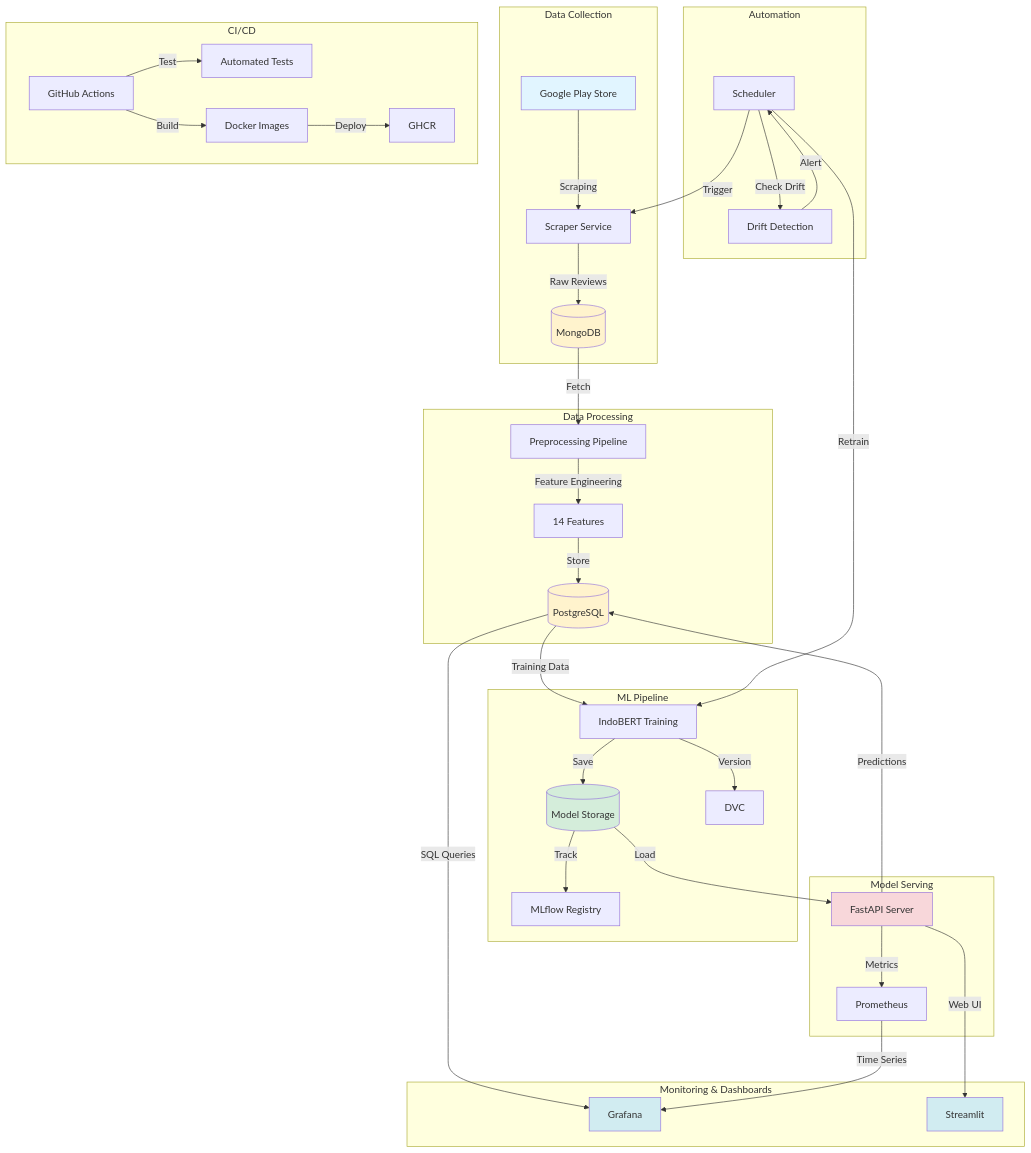
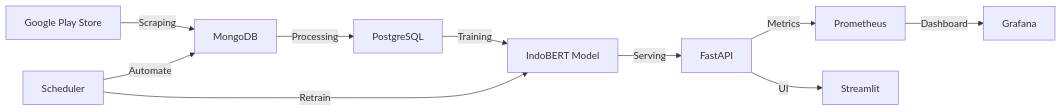
One commit to scorpianerc/MLOPS-PROJECT changed the first of 4 diagrams in README.md. Above: the diagram before and after it, drawn with Mermaid. The commit also changed other lines of this file, not shown here.

Commit message:
Simplify Mermaid diagrams for GitHub compatibility

````diff
--- a/README.md
+++ b/README.md
@@ -163,53 +163,12 @@
 ```mermaid
-graph TB
-    subgraph "Data Collection"
-        A[Google Play Store] -->|Scraping| B[Scraper Service]
-        B -->|Raw Reviews| C[(MongoDB)]
-    end
-    
-    subgraph "Data Processing"
-        C -->|Fetch| D[Preprocessing Pipeline]
-        D -->|Feature Engineering| E[14 Features]
-        E -->|Store| F[(PostgreSQL)]
-    end
-    
-    subgraph "ML Pipeline"
-        F -->|Training Data| G[IndoBERT Training]
-        G -->|Save| H[(Model Storage)]
-        H -->|Track| I[MLflow Registry]
-        G -->|Version| J[DVC]
-    end
-    
-    subgraph "Model Serving"
-        H -->|Load| K[FastAPI Server]
-        K -->|Predictions| F
-        K -->|Metrics| L[Prometheus]
-    end
-    
-    subgraph "Monitoring & Dashboards"
-        F -->|SQL Queries| M[Grafana]
-        L -->|Time Series| M
-        K -->|Web UI| N[Streamlit]
-    end
-    
-    subgraph "Automation"
-        O[Scheduler] -->|Trigger| B
-        O -->|Check Drift| P[Drift Detection]
-        P -->|Alert| O
-        O -->|Retrain| G
-    end
-    
-    subgraph "CI/CD"
-        Q[GitHub Actions] -->|Test| R[Automated Tests]
-        Q -->|Build| S[Docker Images]
-        S -->|Deploy| T[GHCR]
-    end
-    
-    style A fill:#e1f5ff
-    style C fill:#fff3cd
-    style F fill:#fff3cd
-    style H fill:#d4edda
-    style K fill:#f8d7da
-    style M fill:#d1ecf1
-    style N fill:#d1ecf1
+graph LR
+    A[Google Play Store] -->|Scraping| B[MongoDB]
+    B -->|Processing| C[PostgreSQL]
+    C -->|Training| D[IndoBERT Model]
+    D -->|Serving| E[FastAPI]
+    E -->|Metrics| F[Prometheus]
+    F -->|Dashboard| G[Grafana]
+    E -->|UI| H[Streamlit]
+    I[Scheduler] -->|Automate| B
+    I -->|Retrain| D
 ```
````
